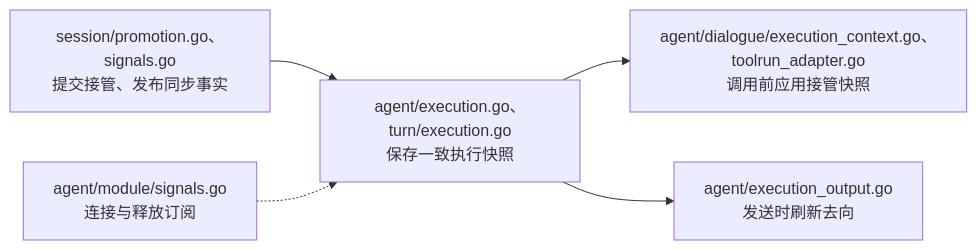
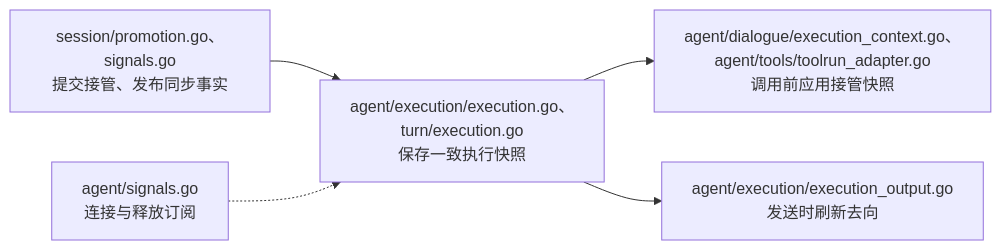
The seventh of 7 diagrams in devdocs/architecture.md (Elflare/elbot), drawn with Mermaid before and after one commit. The commit also changed other lines of this file and 294 other files, not shown here.

````diff
--- a/devdocs/architecture.md
+++ b/devdocs/architecture.md
@@ -294,7 +315,7 @@
 ```mermaid
 flowchart LR
-    S["session/promotion.go、signals.go<br/>提交接管、发布同步事实"] --> E["agent/execution.go、turn/execution.go<br/>保存一致执行快照"]
-    W["agent/module/signals.go<br/>连接与释放订阅"] -.-> E
-    E --> T["agent/dialogue/execution_context.go、toolrun_adapter.go<br/>调用前应用接管快照"]
-    E --> O["agent/execution_output.go<br/>发送时刷新去向"]
+    S["session/promotion.go、signals.go<br/>提交接管、发布同步事实"] --> E["agent/execution/execution.go、turn/execution.go<br/>保存一致执行快照"]
+    W["agent/signals.go<br/>连接与释放订阅"] -.-> E
+    E --> T["agent/dialogue/execution_context.go、agent/tools/toolrun_adapter.go<br/>调用前应用接管快照"]
+    E --> O["agent/execution/execution_output.go<br/>发送时刷新去向"]
 ```
````
